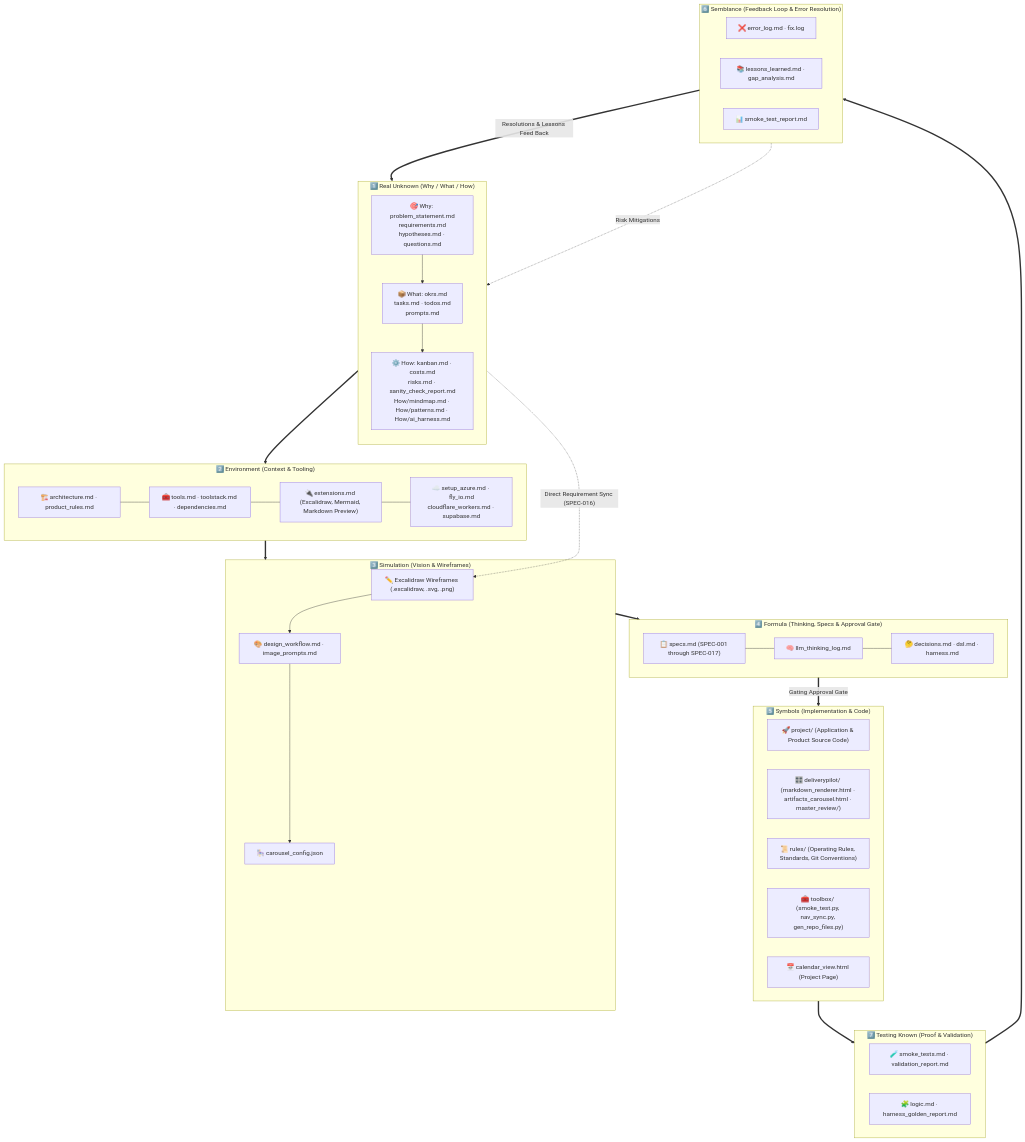
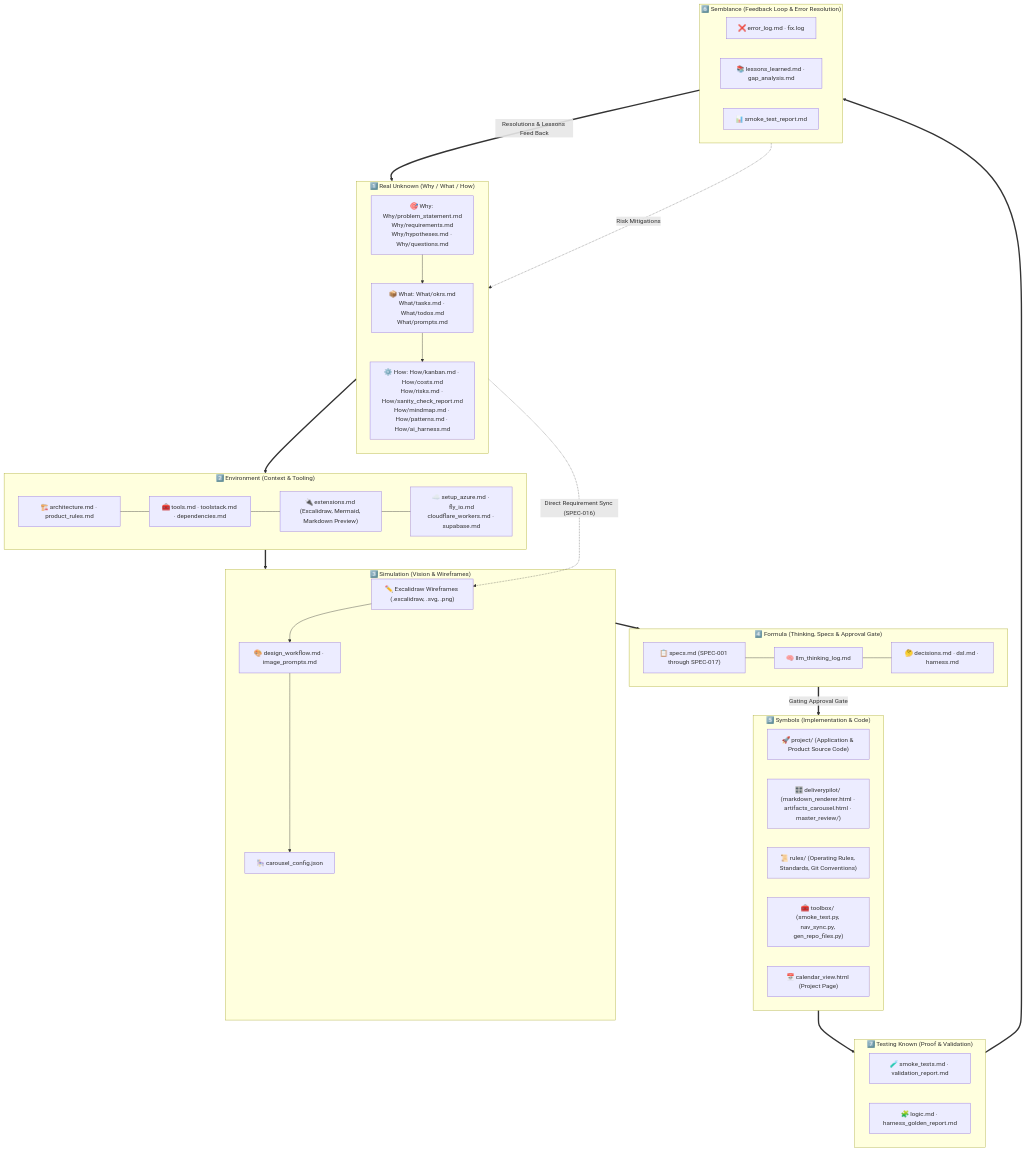
Before and after one commit to rifaterdemsahin/delivery-pilot-template: the diagram in 1_Real_Unknown/How/mindmap.md, drawn with Mermaid. The commit also changed other lines of this file and 32 other files, not shown here.

Commit message:
TSK-047: Group 1_Real_Unknown under Why/How/What & modernize README refactor prompt (SPEC-022)

````diff
--- a/1_Real_Unknown/How/mindmap.md
+++ b/1_Real_Unknown/How/mindmap.md
@@ -9,62 +9,62 @@
 ```mermaid
 flowchart TD
     subgraph S1["1️⃣ Real Unknown (Why / What / How)"]
         direction TB
-        S1_WHY["🎯 Why: problem_statement.md<br/>requirements.md<br/>hypotheses.md · questions.md"]
-        S1_WHAT["📦 What: okrs.md<br/>tasks.md · todos.md<br/>prompts.md"]
-        S1_HOW["⚙️ How: kanban.md · costs.md<br/>risks.md · sanity_check_report.md<br/>How/mindmap.md · How/patterns.md · How/ai_harness.md"]
+        S1_WHY["🎯 Why: Why/problem_statement.md<br/>Why/requirements.md<br/>Why/hypotheses.md · Why/questions.md"]
+        S1_WHAT["📦 What: What/okrs.md<br/>What/tasks.md · What/todos.md<br/>What/prompts.md"]
+        S1_HOW["⚙️ How: How/kanban.md · How/costs.md<br/>How/risks.md · How/sanity_check_report.md<br/>How/mindmap.md · How/patterns.md · How/ai_harness.md"]
         S1_WHY --> S1_WHAT --> S1_HOW
     end
 
     subgraph S2["2️⃣ Environment (Context & Tooling)"]
         S2_ARCH["🏗️ architecture.md · product_rules.md"]
         S2_TOOLS["🧰 tools.md · toolstack.md · dependencies.md"]
         S2_EXT["🔌 extensions.md (Excalidraw, Mermaid, Markdown Preview)"]
         S2_CLOUD["☁️ setup_azure.md · fly_io.md<br/>cloudflare_workers.md · supabase.md"]
         S2_ARCH --- S2_TOOLS --- S2_EXT --- S2_CLOUD
     end
 
     subgraph S3["3️⃣ Simulation (Vision & Wireframes)"]
         S3_EXC["✏️ Excalidraw Wireframes (.excalidraw, .svg, .png)"]
         S3_FLOW["🎨 design_workflow.md · image_prompts.md"]
         S3_CAR["🎠 carousel_config.json"]
         S3_EXC --> S3_FLOW --> S3_CAR
     end
 
     subgraph S4["4️⃣ Formula (Thinking, Specs & Approval Gate)"]
         S4_SPECS["📋 specs.md (SPEC-001 through SPEC-017)"]
         S4_LOG["🧠 llm_thinking_log.md"]
         S4_ADR["🤔 decisions.md · dsl.md · harness.md"]
         S4_SPECS --- S4_LOG --- S4_ADR
     end
 
     subgraph S5["5️⃣ Symbols (Implementation & Code)"]
         S5_PROJ["🚀 project/ (Application & Product Source Code)"]
         S5_DP["🎛️ deliverypilot/ (markdown_renderer.html · artifacts_carousel.html · master_review/)"]
         S5_RULES["📜 rules/ (Operating Rules, Standards, Git Conventions)"]
         S5_BOX["🧰 toolbox/ (smoke_test.py, nav_sync.py, gen_repo_files.py)"]
         S5_UI["📅 calendar_view.html (Project Page)"]
     end
 
     subgraph S7["7️⃣ Testing Known (Proof & Validation)"]
         S7_SMOKE["🧪 smoke_tests.md · validation_report.md"]
         S7_LOGIC["🧩 logic.md · harness_golden_report.md"]
     end
 
     subgraph S6["6️⃣ Semblance (Feedback Loop & Error Resolution)"]
         S6_LOGS["❌ error_log.md · fix.log"]
         S6_LEARN["📚 lessons_learned.md · gap_analysis.md"]
         S6_REPORT["📊 smoke_test_report.md"]
     end
 
     %% Cross-Stage Flow & Feedback Loops
     S1 ==> S2
     S1 -. "Direct Requirement Sync (SPEC-016)" .-> S3_EXC
     S2 ==> S3
     S3 ==> S4
     S4 ==>|Gating Approval Gate| S5
     S5 ==> S7
     S7 ==> S6
     S6 ==>|Resolutions & Lessons Feed Back| S1_HOW
     S6 -. "Risk Mitigations" .-> S1
 ```
````
